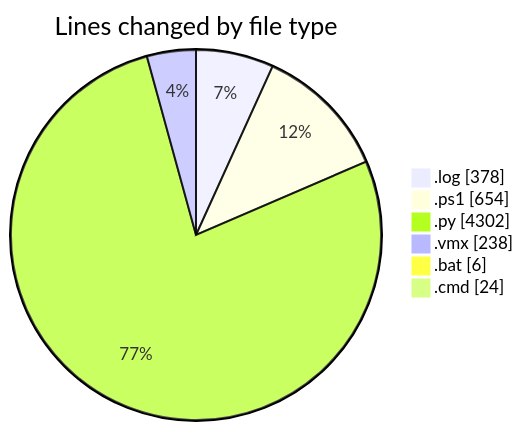
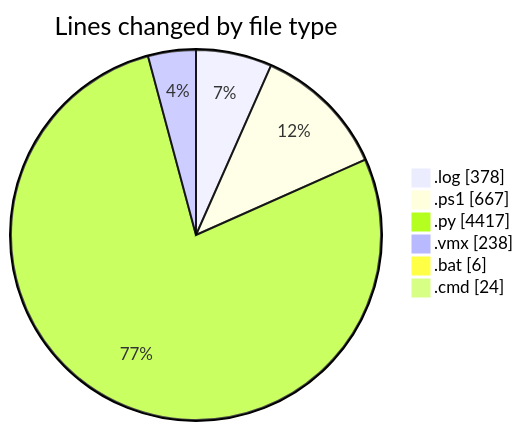
One commit to shibass792/code-tracking changed the first of 2 diagrams in 2026-07-08/twenty_versions_aminor/README.md. Above: the diagram before and after it, drawn with Mermaid. The commit also changed other lines of this file and 1 other file, not shown here.

````diff
--- a/2026-07-08/twenty_versions_aminor/README.md
+++ b/2026-07-08/twenty_versions_aminor/README.md
@@ -49,10 +52,10 @@
 ```mermaid
 pie showData
 title Lines changed by file type
 ".log" : 378
-".ps1" : 654
-".py" : 4302
+".ps1" : 667
+".py" : 4417
 ".vmx" : 238
 ".bat" : 6
 ".cmd" : 24
 ```
````
